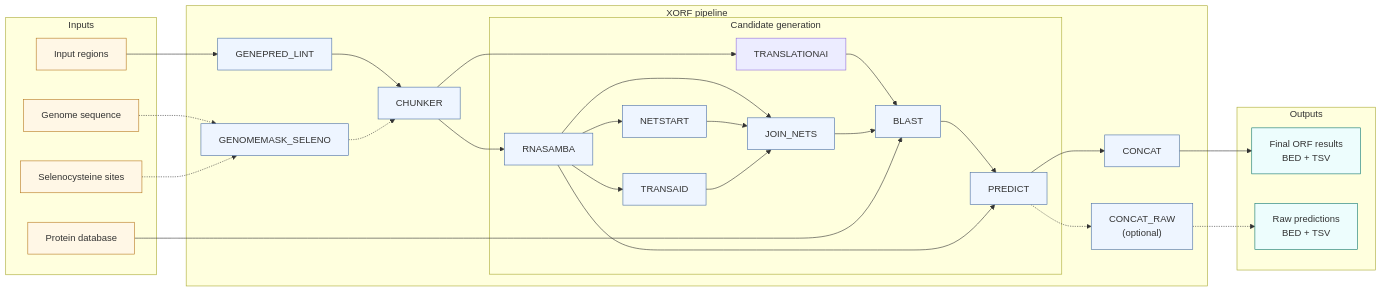
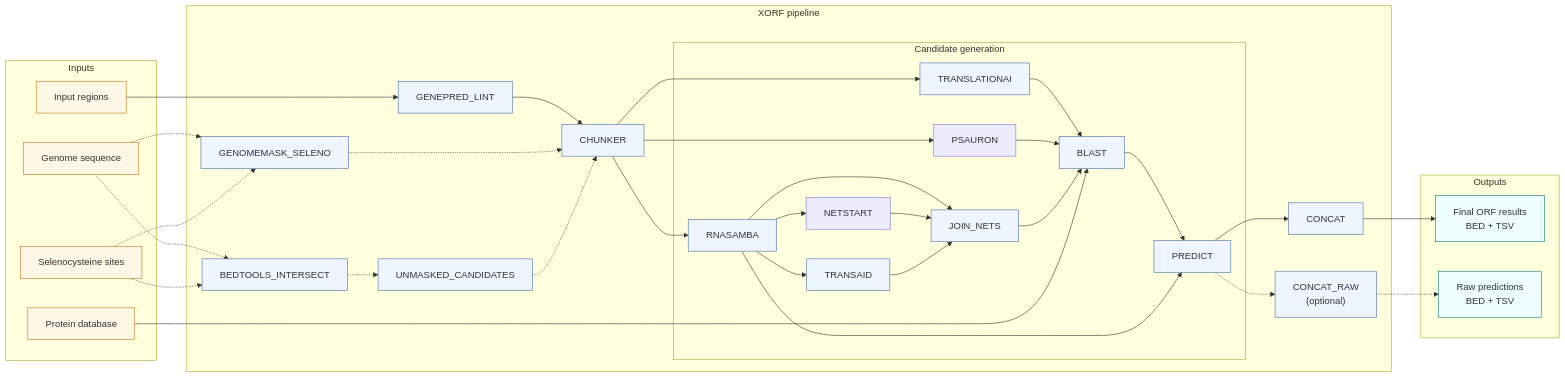
Before and after one commit to alejandrogzi/xorf: the diagram in assets/pipeline/xorf.mermaid, drawn with Mermaid. The commit also changed 1 other file, not shown here.

```diff
--- a/assets/pipeline/xorf.mermaid
+++ b/assets/pipeline/xorf.mermaid
@@ -1,80 +1,90 @@
 flowchart LR
 
   %% ---------- Inputs ----------
   subgraph IN[Inputs]
     regions["Input regions"]
     sequence["Genome sequence"]
     database["Protein database"]
     seleno["Selenocysteine sites<br/>"]
   end
 
   %% ---------- Main processes ----------
   subgraph WF[XORF pipeline]
     GENEPRED_LINT["GENEPRED_LINT"]
     GENOMEMASK_SELENO["GENOMEMASK_SELENO<br/>"]
+    BEDTOOLS_INTERSECT["BEDTOOLS_INTERSECT"]
     CHUNKER["CHUNKER"]
+    UNMASKED_CANDIDATES["UNMASKED_CANDIDATES"]
+
 
     subgraph CAND[Candidate generation]
+      PSAURON["PSAURON"]
       TRANSLATIONAI["TRANSLATIONAI"]
       RNASAMBA["RNASAMBA"]
       NETSTART["NETSTART"]
       TRANSAID["TRANSAID"]
       JOIN["JOIN_NETS"]
       BLAST["BLAST"]
       PREDICT["PREDICT"]
     end
 
     CONCAT["CONCAT"]
     CONCAT_RAW["CONCAT_RAW<br/>(optional)"]
   end
 
   %% ---------- Outputs ----------
   subgraph OUT[Outputs]
     results["Final ORF results<br/>BED + TSV"]
     raw_results["Raw predictions<br/>BED + TSV"]
   end
 
   %% ---------- Input preparation ----------
   regions --> GENEPRED_LINT
   GENEPRED_LINT --> CHUNKER
   sequence -.-> GENOMEMASK_SELENO
   seleno -.-> GENOMEMASK_SELENO
+  sequence -.-> BEDTOOLS_INTERSECT
+  seleno -.-> BEDTOOLS_INTERSECT
+  BEDTOOLS_INTERSECT -.-> UNMASKED_CANDIDATES
   GENOMEMASK_SELENO -.-> CHUNKER
+  UNMASKED_CANDIDATES -.-> CHUNKER
 
   %% ---------- Chunk pairing ----------
   CHUNKER --> TRANSLATIONAI
   CHUNKER --> RNASAMBA
+  CHUNKER --> PSAURON
 
   %% ---------- Candidate generation ----------
   RNASAMBA --> NETSTART
   RNASAMBA --> TRANSAID
   RNASAMBA --> JOIN
   NETSTART --> JOIN
   TRANSAID --> JOIN
 
   TRANSLATIONAI --> BLAST
+  PSAURON --> BLAST
   JOIN --> BLAST
   database --> BLAST
 
   BLAST --> PREDICT
   RNASAMBA --> PREDICT
 
   %% ---------- Final aggregation ----------
   PREDICT --> CONCAT
   PREDICT -.-> CONCAT_RAW
 
   CONCAT --> results
   CONCAT_RAW -.-> raw_results
 
   %% ---------- Styling ----------
   classDef input fill:#fff7e6,stroke:#b7791f,stroke-width:1px;
   classDef process fill:#eef5ff,stroke:#4a6fa5,stroke-width:1px;
   classDef output fill:#edfdfd,stroke:#0f766e,stroke-width:1px;
   classDef meta fill:#eefcf0,stroke:#2f855a,stroke-width:1px;
   classDef optional fill:#f7eefc,stroke:#805ad5,stroke-width:1px;
 
   class regions,sequence,database,seleno,weights_u,weights_l,email_in input;
-  class WGET,GENEPRED_LINT,GENOMEMASK_SELENO,CHUNKER,TRANSLATION,RNASAMBA,NETSTART,TRANSAID,JOIN,BLAST,PREDICT,CONCAT,CONCAT_RAW process;
+  class WGET,GENEPRED_LINT,GENOMEMASK_SELENO,UNMASKED_CANDIDATES,BEDTOOLS_INTERSECT,CHUNKER,TRANSLATIONAI,RNASAMBA,TRANSAID,JOIN,BLAST,PREDICT,CONCAT,CONCAT_RAW process;
   class COUNTS,VERSIONS meta;
   class EMAIL optional;
   class results,raw_results,counts_out,versions_out output;
```
